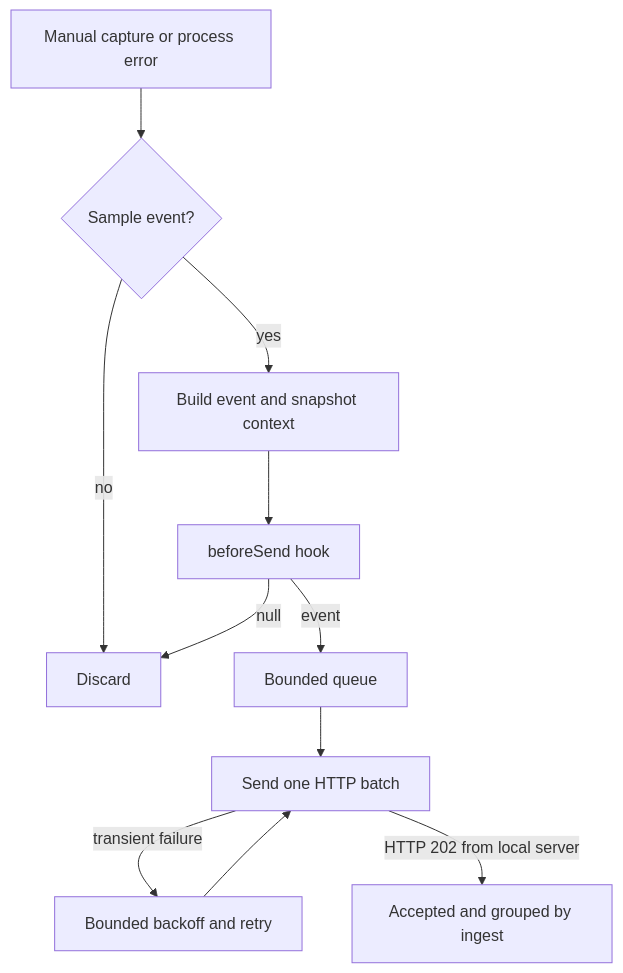
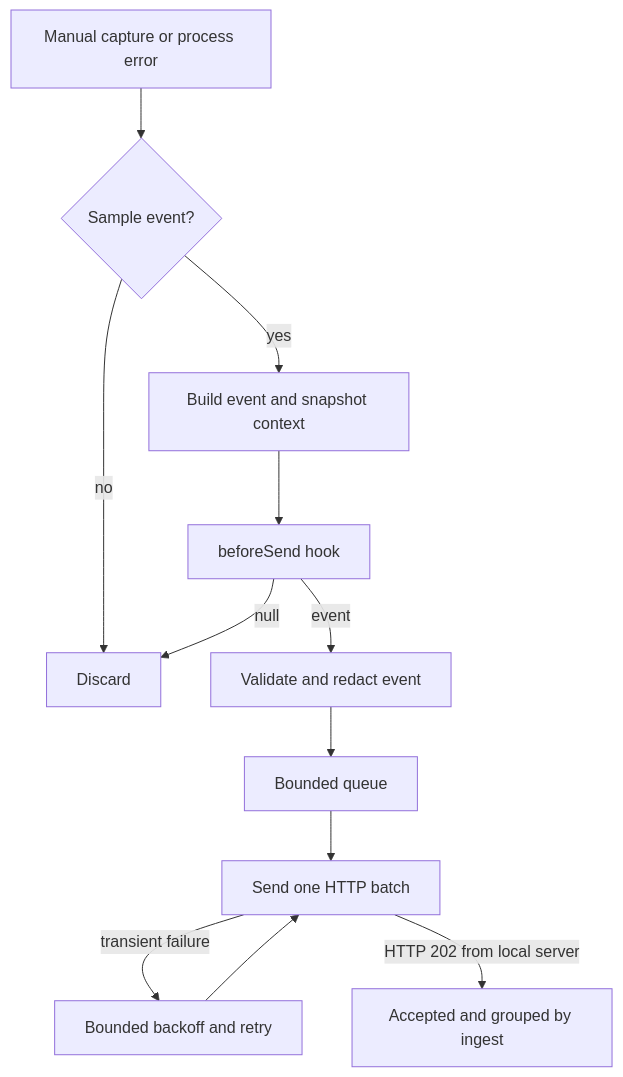
One commit to garvj65/tinytrace changed the diagram in README.md. Above: the diagram before and after it, drawn with Mermaid. The commit also changed other lines of this file and 22 other files, not shown here.

````diff
--- a/README.md
+++ b/README.md
@@ -117,13 +117,14 @@
 ```mermaid
 flowchart TD
   A[Manual capture or process error] --> B{Sample event?}
   B -->|yes| C[Build event and snapshot context]
   B -->|no| X[Discard]
   C --> D[beforeSend hook]
-  D -->|event| E[Bounded queue]
+  D -->|event| V[Validate and redact event]
+  V --> E[Bounded queue]
   D -->|null| X
   E --> F[Send one HTTP batch]
   F -->|transient failure| G[Bounded backoff and retry]
   G --> F
   F -->|HTTP 202 from local server| H[Accepted and grouped by ingest]
 ```
````
